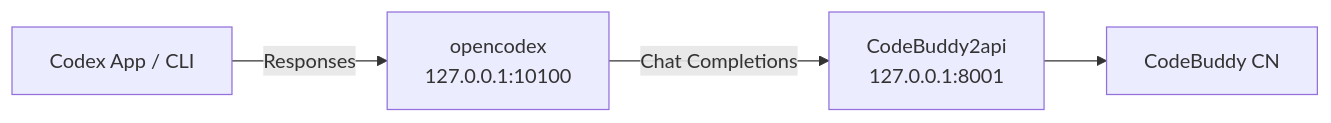
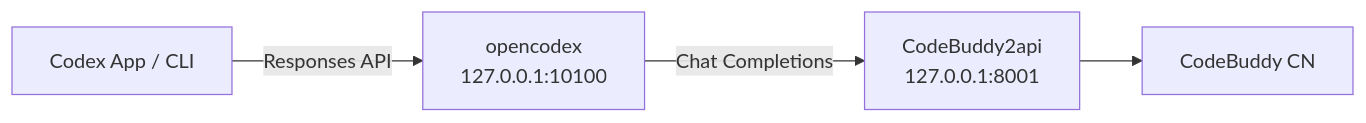
The diagram in README.md (wuyinhust/codex-buddy), drawn with Mermaid before and after one commit. The commit also changed other lines of this file, not shown here.

````diff
--- a/README.md
+++ b/README.md
@@ -15,6 +11,6 @@
 ```mermaid
 flowchart LR
-    Codex["Codex App / CLI"] -->|Responses| Gateway["opencodex\n127.0.0.1:10100"]
+    Codex["Codex App / CLI"] -->|Responses API| Gateway["opencodex\n127.0.0.1:10100"]
     Gateway -->|Chat Completions| Proxy["CodeBuddy2api\n127.0.0.1:8001"]
     Proxy --> CodeBuddy["CodeBuddy CN"]
 ```
````
